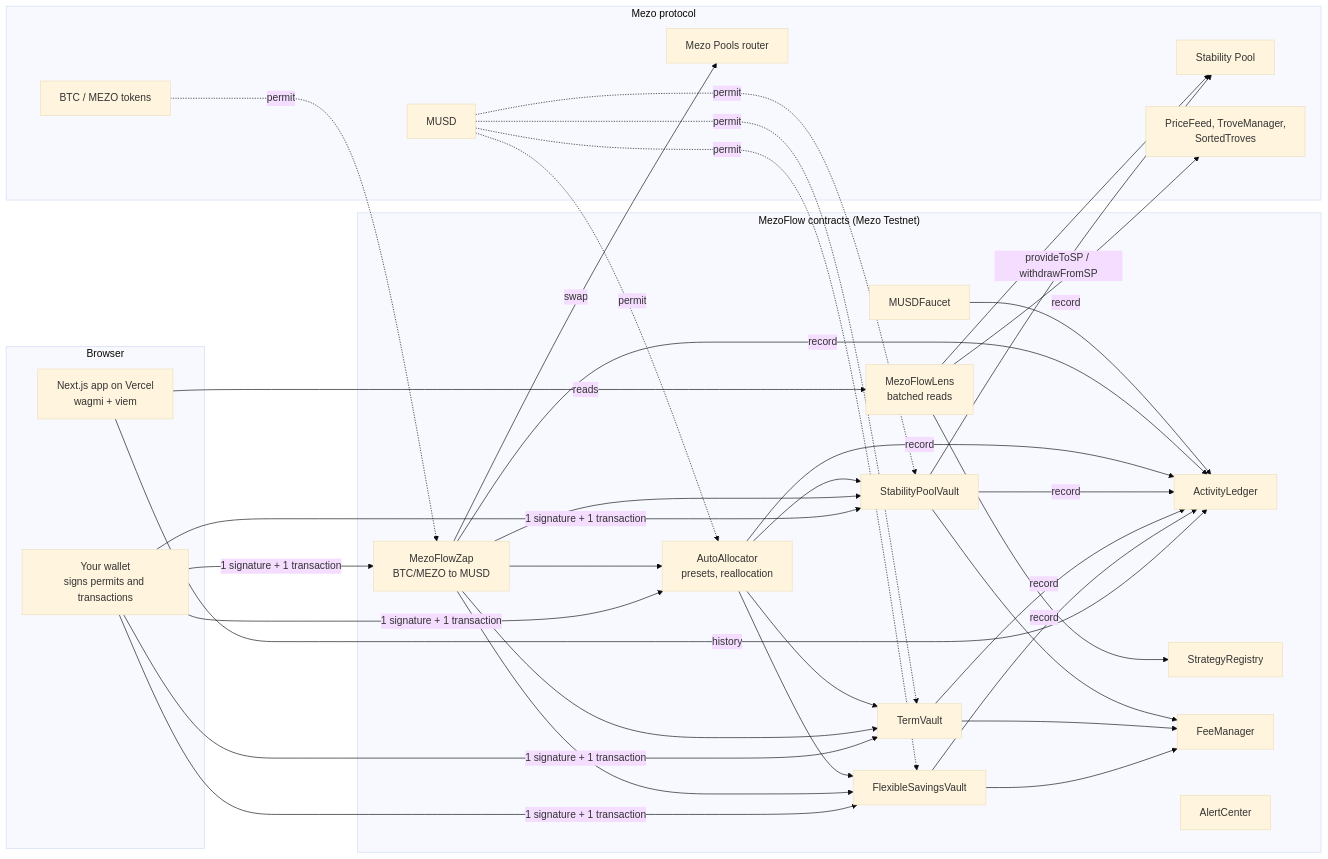
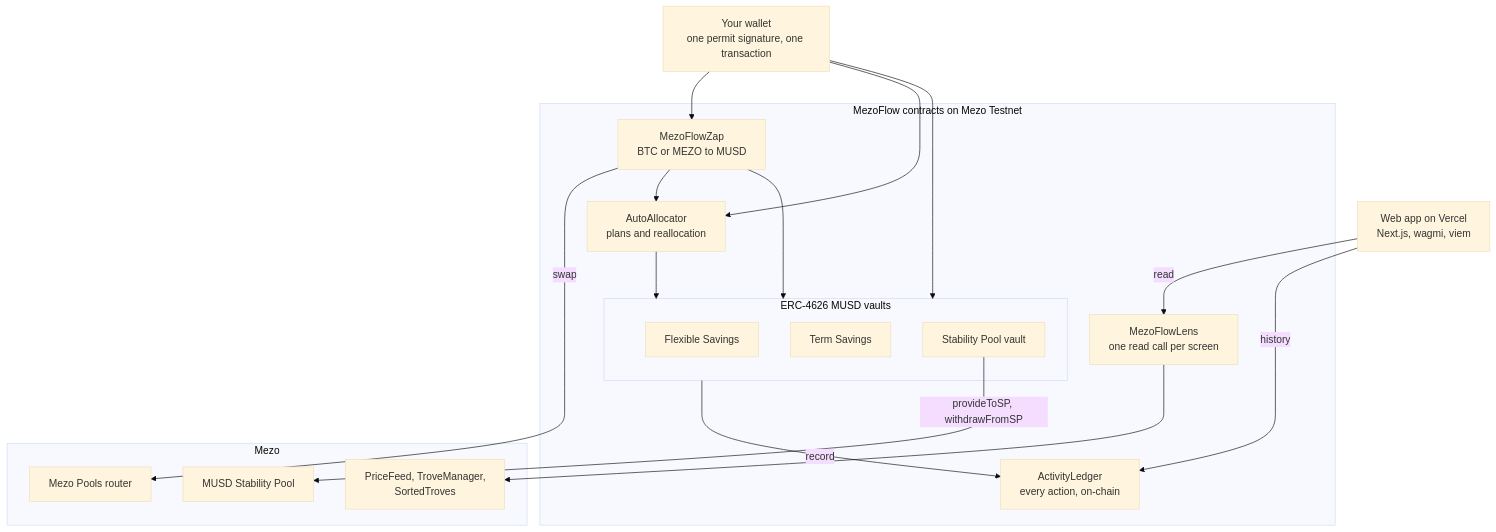
The diagram in README.md (snenu/MezoFlow), drawn with Mermaid (base theme) before and after one commit. The commit also changed other lines of this file, not shown here.

Commit message:
docs: simpler architecture diagram

````diff
--- a/README.md
+++ b/README.md
@@ -73,43 +73,36 @@
 ```mermaid
-flowchart LR
-  subgraph Browser
-    UI["Next.js app on Vercel<br/>wagmi + viem"]
-    W["Your wallet<br/>signs permits and transactions"]
+flowchart TB
+  W["Your wallet<br/>one permit signature, one transaction"]
+  UI["Web app on Vercel<br/>Next.js, wagmi, viem"]
+
+  subgraph MF["MezoFlow contracts on Mezo Testnet"]
+    ZAP["MezoFlowZap<br/>BTC or MEZO to MUSD"]
+    AA["AutoAllocator<br/>plans and reallocation"]
+    subgraph V["ERC-4626 MUSD vaults"]
+      FLEX["Flexible Savings"]
+      TERM["Term Savings"]
+      SPV["Stability Pool vault"]
+    end
+    LEDGER["ActivityLedger<br/>every action, on-chain"]
+    LENS["MezoFlowLens<br/>one read call per screen"]
   end
 
-  subgraph MezoFlow["MezoFlow contracts (Mezo Testnet)"]
-    ZAP["MezoFlowZap<br/>BTC/MEZO to MUSD"]
-    AA["AutoAllocator<br/>presets, reallocation"]
-    FLEX["FlexibleSavingsVault"]
-    TERM["TermVault"]
-    SPV["StabilityPoolVault"]
-    LEDGER["ActivityLedger"]
-    REG["StrategyRegistry"]
-    FEES["FeeManager"]
-    ALERTS["AlertCenter"]
-    FAUCET["MUSDFaucet"]
-    LENS["MezoFlowLens<br/>batched reads"]
-  end
-
-  subgraph Mezo["Mezo protocol"]
-    MUSD["MUSD"]
-    BTC["BTC / MEZO tokens"]
+  subgraph MZ["Mezo"]
     POOLS["Mezo Pools router"]
-    SP["Stability Pool"]
+    SP["MUSD Stability Pool"]
     ORACLE["PriceFeed, TroveManager,<br/>SortedTroves"]
   end
 
-  W -->|"1 signature + 1 transaction"| ZAP & AA & FLEX & TERM & SPV
-  UI -->|"reads"| LENS
-  UI -->|"history"| LEDGER
-  ZAP -->|"swap"| POOLS
+  W --> ZAP
+  W --> AA
+  W --> V
+  ZAP -->|swap| POOLS
   ZAP --> AA
-  ZAP --> FLEX & TERM & SPV
-  AA --> FLEX & TERM & SPV
-  SPV -->|"provideToSP / withdrawFromSP"| SP
-  FLEX & TERM & SPV & AA & ZAP & FAUCET -->|"record"| LEDGER
-  FLEX & TERM & SPV --> FEES
-  LENS --> REG & ORACLE & SP
-  BTC -.->|"permit"| ZAP
-  MUSD -.->|"permit"| FLEX & TERM & SPV & AA
+  ZAP --> V
+  AA --> V
+  SPV -->|"provideToSP, withdrawFromSP"| SP
+  V -->|record| LEDGER
+  UI -->|read| LENS
+  UI -->|history| LEDGER
+  LENS --> ORACLE
 ```
````
